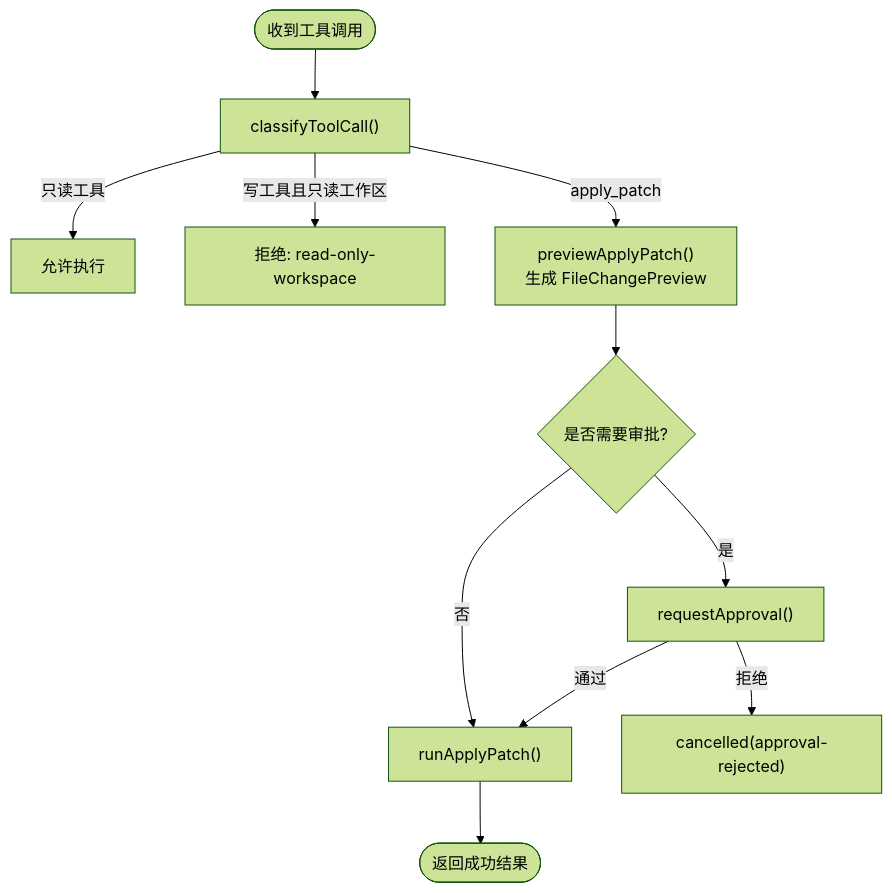
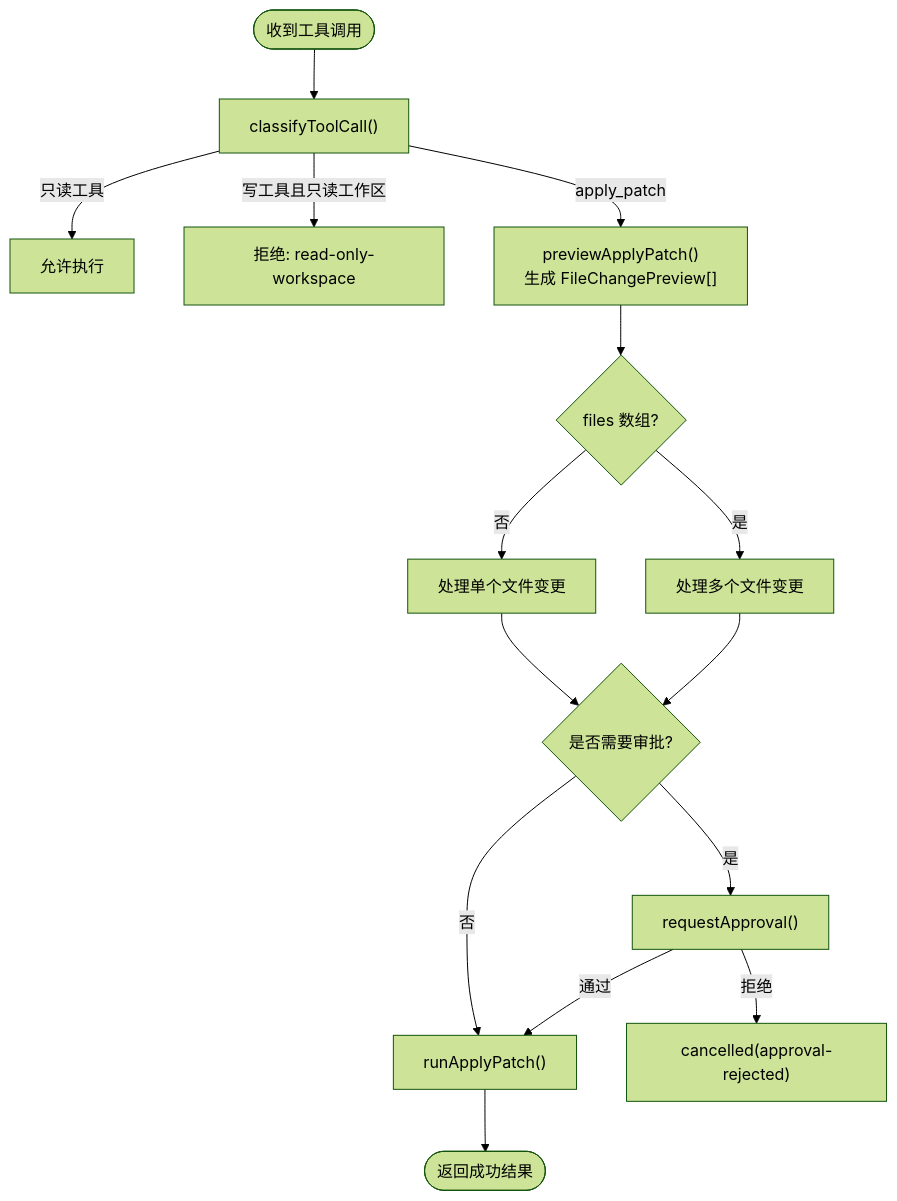
Before and after one commit to dyx-9163/ai-aifar: the third of 7 diagrams in .qoder/repowiki/zh/content/核心模块/AI代理系统/文件修改审批工作流.md, drawn with Mermaid (forest theme). The commit also changed other lines of this file and 37 other files, not shown here.

````diff
--- a/.qoder/repowiki/zh/content/核心模块/AI代理系统/文件修改审批工作流.md
+++ b/.qoder/repowiki/zh/content/核心模块/AI代理系统/文件修改审批工作流.md
@@ -121,13 +132,17 @@
 ```mermaid
 flowchart TD
 Start(["收到工具调用"]) --> Classify["classifyToolCall()"]
 Classify --> |只读工具| Allow["允许执行"]
 Classify --> |写工具且只读工作区| Deny["拒绝: read-only-workspace"]
-Classify --> |apply_patch| Preview["previewApplyPatch()<br/>生成 FileChangePreview"]
-Preview --> Approval{"是否需要审批?"}
+Classify --> |apply_patch| Preview["previewApplyPatch()<br/>生成 FileChangePreview[]"]
+Preview --> Batch{"files 数组?"}
+Batch --> |是| Multi["处理多个文件变更"]
+Batch --> |否| Single["处理单个文件变更"]
+Multi --> Approval{"是否需要审批?"}
+Single --> Approval
 Approval --> |是| Request["requestApproval()"]
 Request --> |通过| Execute["runApplyPatch()"]
 Request --> |拒绝| Cancel["cancelled(approval-rejected)"]
 Approval --> |否| Execute
 Execute --> Done(["返回成功结果"])
 ```
````
